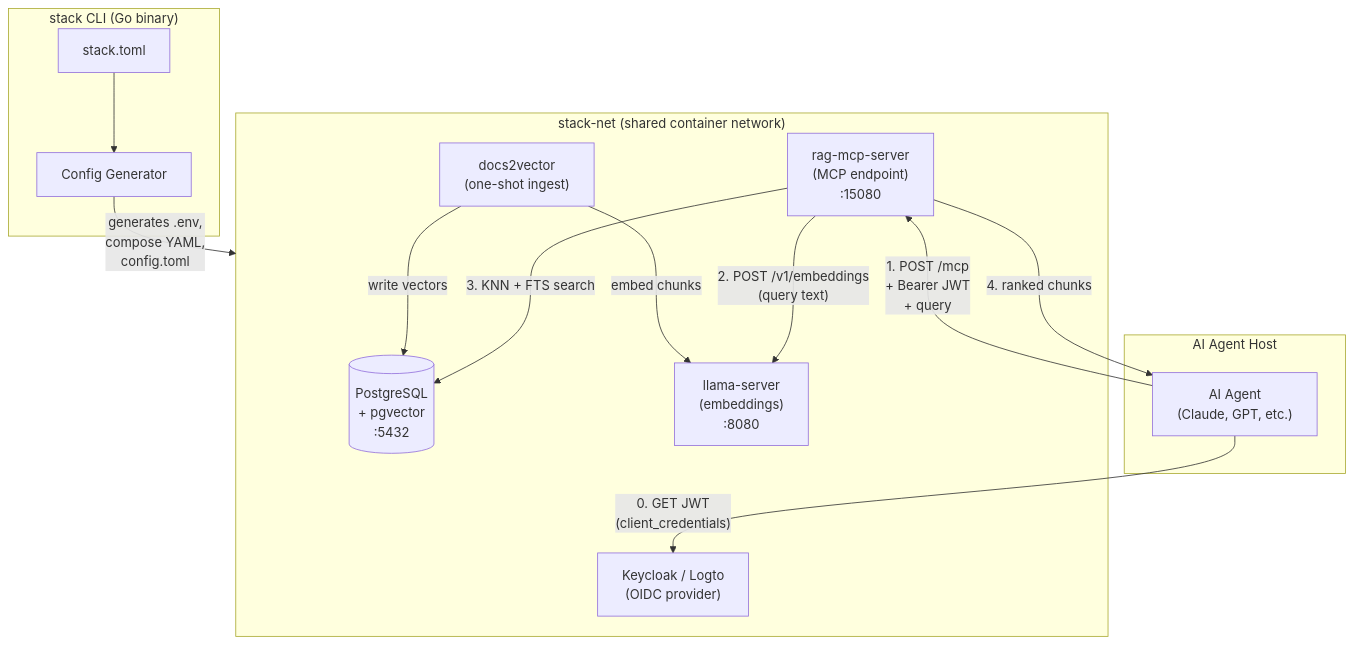
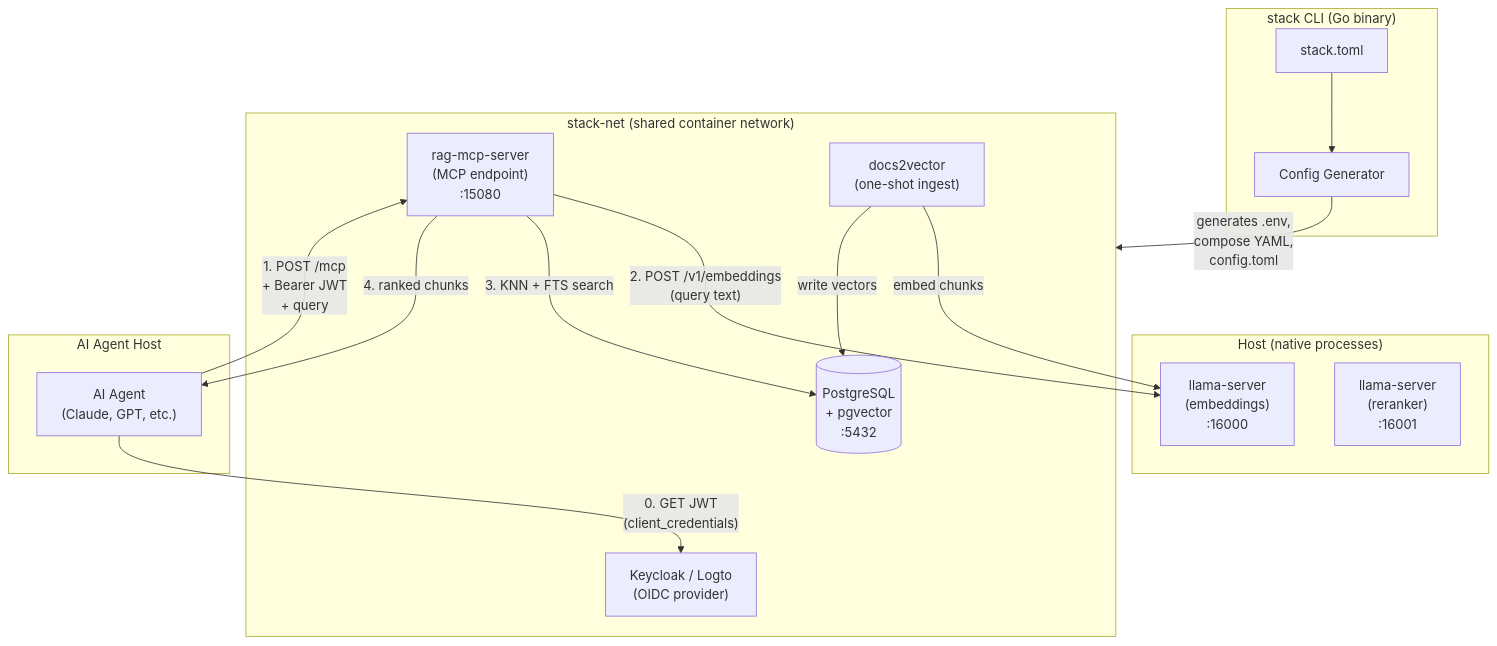
Before and after one commit to BrightSign-Playground/mcp-server-compose: the second of 3 diagrams in README.md, drawn with Mermaid. The commit also changed other lines of this file and 13 other files, not shown here.

````diff
--- a/README.md
+++ b/README.md
@@ -230,27 +256,31 @@
 ```mermaid
 graph TB
     subgraph cli["stack CLI (Go binary)"]
         ST["stack.toml"] --> GEN["Config Generator"]
     end
 
+    subgraph host["Host (native processes)"]
+        LL["llama-server\n(embeddings)\n:16000"]
+        RR["llama-server\n(reranker)\n:16001"]
+    end
+
     subgraph net["stack-net (shared container network)"]
         PG[("PostgreSQL\n+ pgvector\n:5432")]
-        LL["llama-server\n(embeddings)\n:8080"]
         KC["Keycloak / Logto\n(OIDC provider)"]
         RAG["rag-mcp-server\n(MCP endpoint)\n:15080"]
         D2V["docs2vector\n(one-shot ingest)"]
     end
 
     subgraph agent["AI Agent Host"]
         A["AI Agent\n(Claude, GPT, etc.)"]
     end
 
     GEN -->|"generates .env,\ncompose YAML,\nconfig.toml"| net
     A -->|"0. GET JWT\n(client_credentials)"| KC
     A -->|"1. POST /mcp\n+ Bearer JWT\n+ query"| RAG
     RAG -->|"2. POST /v1/embeddings\n(query text)"| LL
     RAG -->|"3. KNN + FTS search"| PG
     RAG -->|"4. ranked chunks"| A
     D2V -->|"embed chunks"| LL
     D2V -->|"write vectors"| PG
 ```
````
